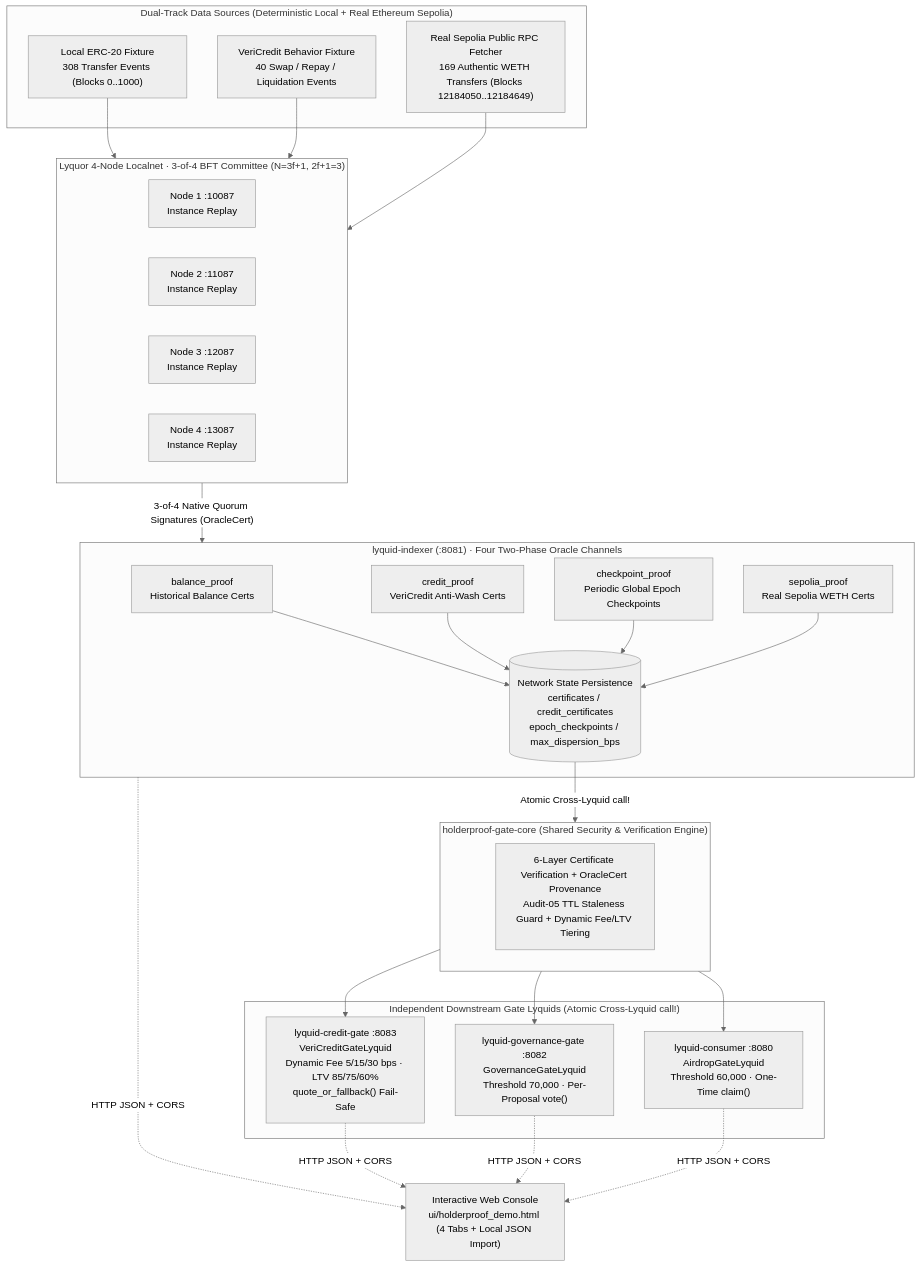
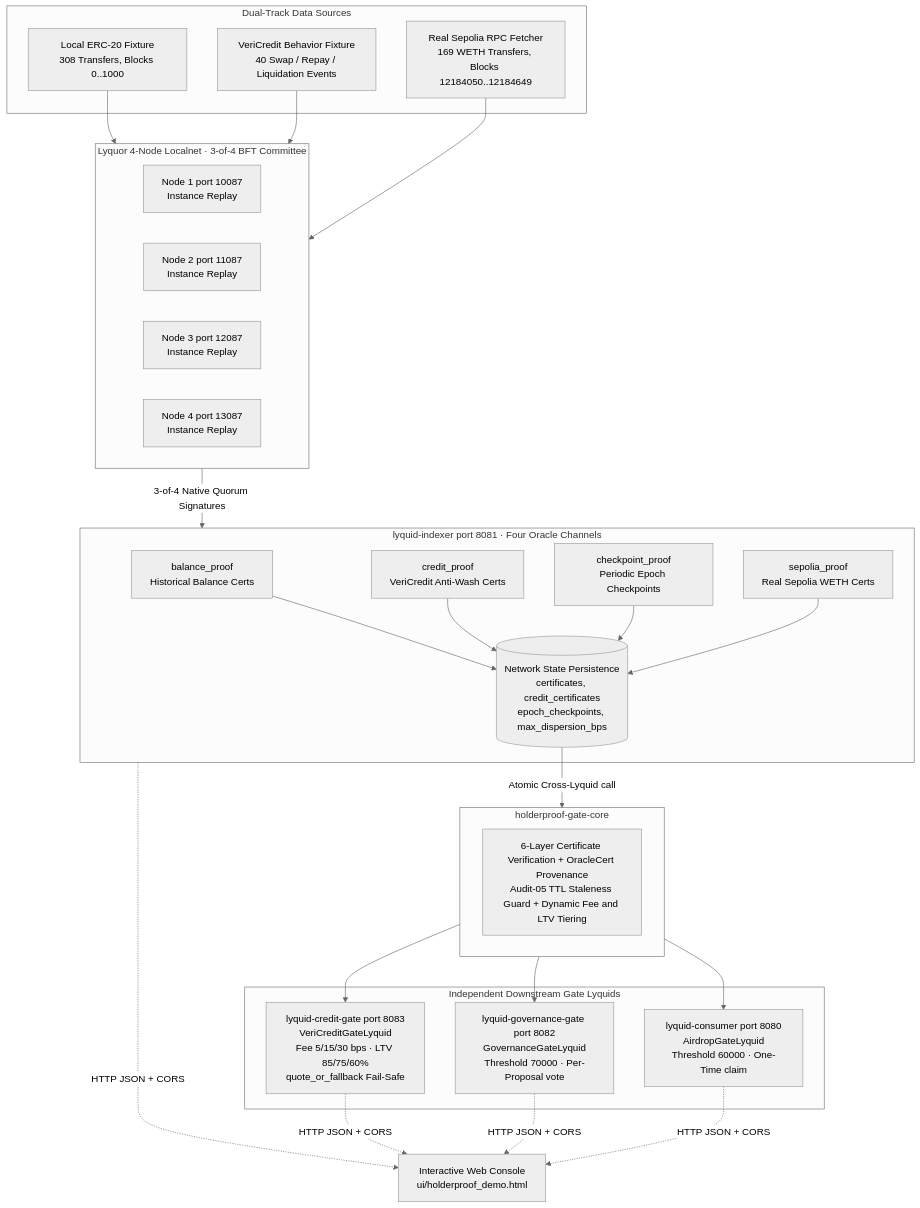
One commit to jerryluo0517-cyber/holderproof changed the first of 3 diagrams in README.md. Above: the diagram before and after it, drawn with Mermaid (neutral theme). The commit also changed other lines of this file and 2 other files, not shown here.

````diff
--- a/README.md
+++ b/README.md
@@ -13,43 +15,53 @@
 ```mermaid
 flowchart TB
-    subgraph DataSources["Dual-Track Data Sources (Deterministic Local + Real Ethereum Sepolia)"]
-        DS1["Local ERC-20 Fixture<br/>308 Transfer Events (Blocks 0..1000)"]
+    subgraph DataSources["Dual-Track Data Sources"]
+        DS1["Local ERC-20 Fixture<br/>308 Transfers, Blocks 0..1000"]
         DS2["VeriCredit Behavior Fixture<br/>40 Swap / Repay / Liquidation Events"]
-        DS3["Real Sepolia Public RPC Fetcher<br/>169 Authentic WETH Transfers (Blocks 12184050..12184649)"]
+        DS3["Real Sepolia RPC Fetcher<br/>169 WETH Transfers, Blocks 12184050..12184649"]
     end
 
-    subgraph Committee["Lyquor 4-Node Localnet · 3-of-4 BFT Committee (N=3f+1, 2f+1=3)"]
+    subgraph Committee["Lyquor 4-Node Localnet · 3-of-4 BFT Committee"]
         direction LR
-        N1["Node 1 :10087<br/>Instance Replay"]
-        N2["Node 2 :11087<br/>Instance Replay"]
-        N3["Node 3 :12087<br/>Instance Replay"]
-        N4["Node 4 :13087<br/>Instance Replay"]
+        N1["Node 1 port 10087<br/>Instance Replay"]
+        N2["Node 2 port 11087<br/>Instance Replay"]
+        N3["Node 3 port 12087<br/>Instance Replay"]
+        N4["Node 4 port 13087<br/>Instance Replay"]
     end
 
-    subgraph Indexer["lyquid-indexer (:8081) · Four Two-Phase Oracle Channels"]
+    subgraph Indexer["lyquid-indexer port 8081 · Four Oracle Channels"]
         O1["balance_proof<br/>Historical Balance Certs"]
         O2["credit_proof<br/>VeriCredit Anti-Wash Certs"]
-        O3["checkpoint_proof<br/>Periodic Global Epoch Checkpoints"]
+        O3["checkpoint_proof<br/>Periodic Epoch Checkpoints"]
         O4["sepolia_proof<br/>Real Sepolia WETH Certs"]
-        NS[("Network State Persistence<br/>certificates / credit_certificates<br/>epoch_checkpoints / max_dispersion_bps")]
-        O1 & O2 & O3 & O4 --> NS
+        NS[("Network State Persistence<br/>certificates, credit_certificates<br/>epoch_checkpoints, max_dispersion_bps")]
+        O1 --> NS
+        O2 --> NS
+        O3 --> NS
+        O4 --> NS
     end
 
-    subgraph Core["holderproof-gate-core (Shared Security & Verification Engine)"]
-        V1["6-Layer Certificate Verification + OracleCert Provenance<br/>Audit-05 TTL Staleness Guard + Dynamic Fee/LTV Tiering"]
+    subgraph Core["holderproof-gate-core"]
+        V1["6-Layer Certificate Verification + OracleCert Provenance<br/>Audit-05 TTL Staleness Guard + Dynamic Fee and LTV Tiering"]
     end
 
-    subgraph Consumers["Independent Downstream Gate Lyquids (Atomic Cross-Lyquid call!)"]
-        C1["lyquid-consumer :8080<br/>AirdropGateLyquid<br/>Threshold 60,000 · One-Time claim()"]
-        C2["lyquid-governance-gate :8082<br/>GovernanceGateLyquid<br/>Threshold 70,000 · Per-Proposal vote()"]
-        C3["lyquid-credit-gate :8083<br/>VeriCreditGateLyquid<br/>Dynamic Fee 5/15/30 bps · LTV 85/75/60%<br/>quote_or_fallback() Fail-Safe"]
+    subgraph Consumers["Independent Downstream Gate Lyquids"]
+        C1["lyquid-consumer port 8080<br/>AirdropGateLyquid<br/>Threshold 60000 · One-Time claim"]
+        C2["lyquid-governance-gate port 8082<br/>GovernanceGateLyquid<br/>Threshold 70000 · Per-Proposal vote"]
+        C3["lyquid-credit-gate port 8083<br/>VeriCreditGateLyquid<br/>Fee 5/15/30 bps · LTV 85/75/60%<br/>quote_or_fallback Fail-Safe"]
     end
 
-    UI["Interactive Web Console<br/>ui/holderproof_demo.html (4 Tabs + Local JSON Import)"]
+    UI["Interactive Web Console<br/>ui/holderproof_demo.html"]
 
-    DS1 & DS2 & DS3 --> Committee
-    Committee -->|"3-of-4 Native Quorum Signatures (OracleCert)"| Indexer
-    NS -->|"Atomic Cross-Lyquid call!"| Core
-    Core --> C1 & C2 & C3
-    Indexer & C1 & C2 & C3 -.->|"HTTP JSON + CORS"| UI
+    DS1 --> Committee
+    DS2 --> Committee
+    DS3 --> Committee
+    Committee -->|"3-of-4 Native Quorum Signatures"| Indexer
+    NS -->|"Atomic Cross-Lyquid call"| Core
+    Core --> C1
+    Core --> C2
+    Core --> C3
+    Indexer -.->|"HTTP JSON + CORS"| UI
+    C1 -.->|"HTTP JSON + CORS"| UI
+    C2 -.->|"HTTP JSON + CORS"| UI
+    C3 -.->|"HTTP JSON + CORS"| UI
 ```
````
